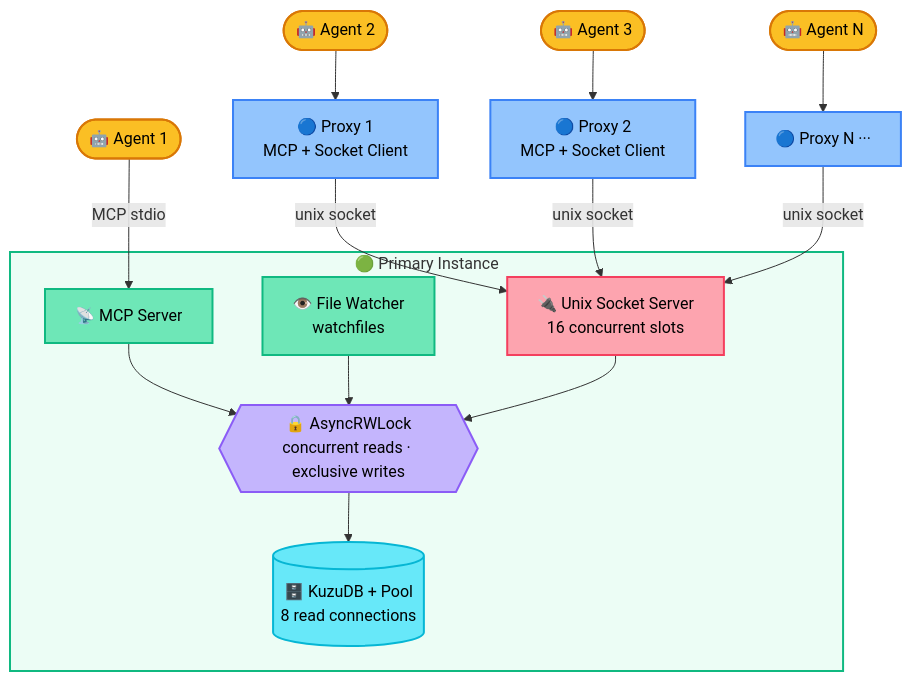
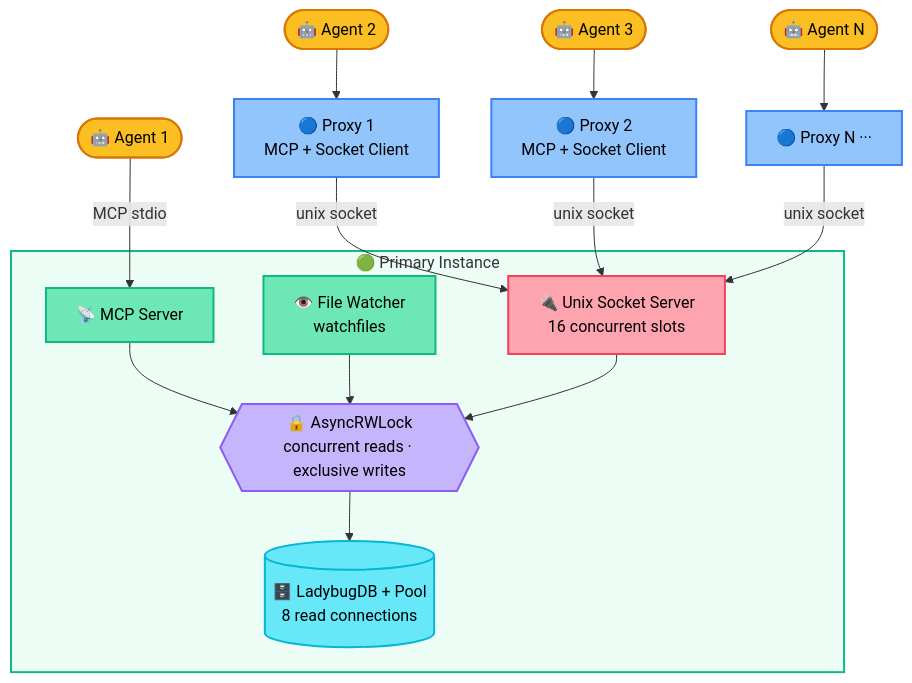
One commit to scanadi/synaptiq changed the first of 2 diagrams in README.md. Above: the diagram before and after it, drawn with Mermaid. The commit also changed other lines of this file and 2 other files, not shown here.

First line of the commit message:
docs: point storage references at LadybugDB (W2.7)

````diff
--- a/README.md
+++ b/README.md
@@ -436,46 +440,46 @@
 ```mermaid
 flowchart TB
     A1(["🤖 Agent 1"])
     A2(["🤖 Agent 2"])
     A3(["🤖 Agent 3"])
     AN(["🤖 Agent N"])
 
     subgraph PRIMARY ["🟢 Primary Instance"]
         MCP["📡 MCP Server"]
         FW["👁️ File Watcher<br/>watchfiles"]
         RWL{{"🔒 AsyncRWLock<br/>concurrent reads · exclusive writes"}}
-        DB[(🗄️ KuzuDB + Pool<br/>8 read connections)]
+        DB[(🗄️ LadybugDB + Pool<br/>8 read connections)]
         SOCK["🔌 Unix Socket Server<br/>16 concurrent slots"]
         MCP --> RWL
         FW --> RWL
         RWL --> DB
         SOCK --> RWL
     end
 
     P1["🔵 Proxy 1<br/>MCP + Socket Client"]
     P2["🔵 Proxy 2<br/>MCP + Socket Client"]
     PN["🔵 Proxy N ···"]
 
     A1 -->|MCP stdio| MCP
     A2 --> P1
     A3 --> P2
     AN --> PN
     P1 -->|unix socket| SOCK
     P2 -->|unix socket| SOCK
     PN -->|unix socket| SOCK
 
     style PRIMARY fill:#ecfdf5,stroke:#10b981,stroke-width:2px
     classDef agent fill:#fbbf24,stroke:#d97706,color:#000,stroke-width:2px
     classDef server fill:#6ee7b7,stroke:#10b981,color:#000,stroke-width:2px
     classDef lock fill:#c4b5fd,stroke:#8b5cf6,color:#000,stroke-width:2px
     classDef database fill:#67e8f9,stroke:#06b6d4,color:#000,stroke-width:2px
     classDef socket fill:#fda4af,stroke:#f43f5e,color:#000,stroke-width:2px
     classDef proxy fill:#93c5fd,stroke:#3b82f6,color:#000,stroke-width:2px
 
     class A1,A2,A3,AN agent
     class MCP,FW server
     class RWL lock
     class DB database
     class SOCK socket
     class P1,P2,PN proxy
 ```
````
